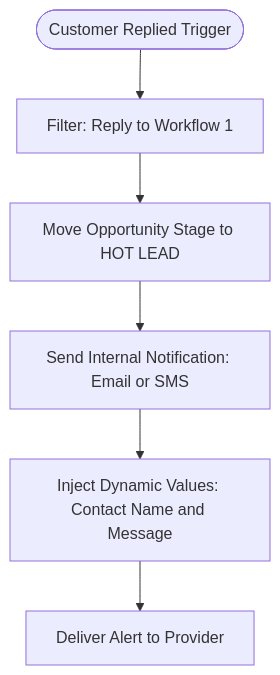
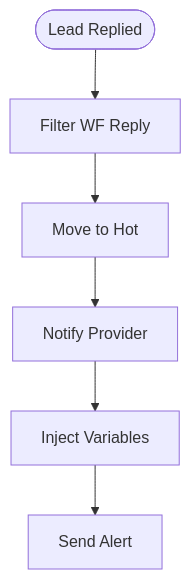
Before and after one commit to DerrickMits/ledger_article_site: the third of 5 diagrams in content/articles/high-performance-gohighlevel-workflows.md, drawn with Mermaid. The commit also changed other lines of this file, not shown here.

First line of the commit message:
Trim all mermaid node labels to max 3 words for perfect fit

````diff
--- a/content/articles/high-performance-gohighlevel-workflows.md
+++ b/content/articles/high-performance-gohighlevel-workflows.md
@@ -74,8 +74,8 @@
 ```mermaid
 flowchart TD
-    Trigger([Customer Replied Trigger]) --> Filter[Filter: Reply to Workflow 1]
-    Filter --> Move[Move Opportunity Stage to HOT LEAD]
-    Move --> Notify[Send Internal Notification: Email or SMS]
-    Notify --> Data[Inject Dynamic Values: Contact Name and Message]
-    Data --> Alert[Deliver Alert to Provider]
+    Trigger([Lead Replied]) --> Filter[Filter WF Reply]
+    Filter --> Move[Move to Hot]
+    Move --> Notify[Notify Provider]
+    Notify --> Data[Inject Variables]
+    Data --> Alert[Send Alert]
 ```
````
